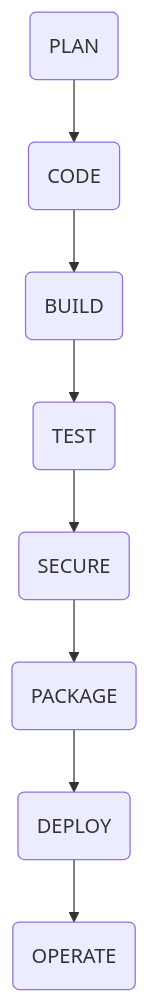
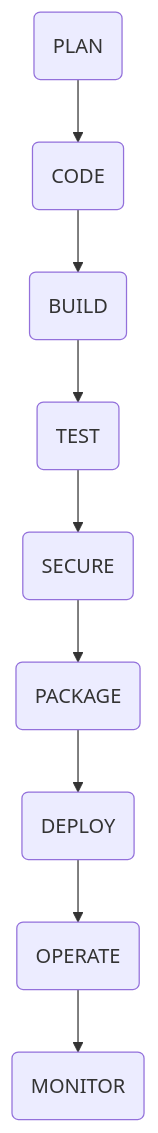
One commit to bymalathi/flavorforge-azure-devsecops-capstone changed the eighth of 29 diagrams in README.md. Above: the diagram before and after it, drawn with Mermaid. The commit also changed other lines of this file, not shown here.

````diff
--- a/README.md
+++ b/README.md
@@ -444,19 +456,21 @@
 ```mermaid
 flowchart TD
     A(PLAN)
     B(CODE)
     C(BUILD)
     D(TEST)
     E(SECURE)
     F(PACKAGE)
     G(DEPLOY)
     H(OPERATE)
+    I(MONITOR)
 
     A --> B
     B --> C
     C --> D
     D --> E
     E --> F
     F --> G
     G --> H
+    H --> I
 ```
````
